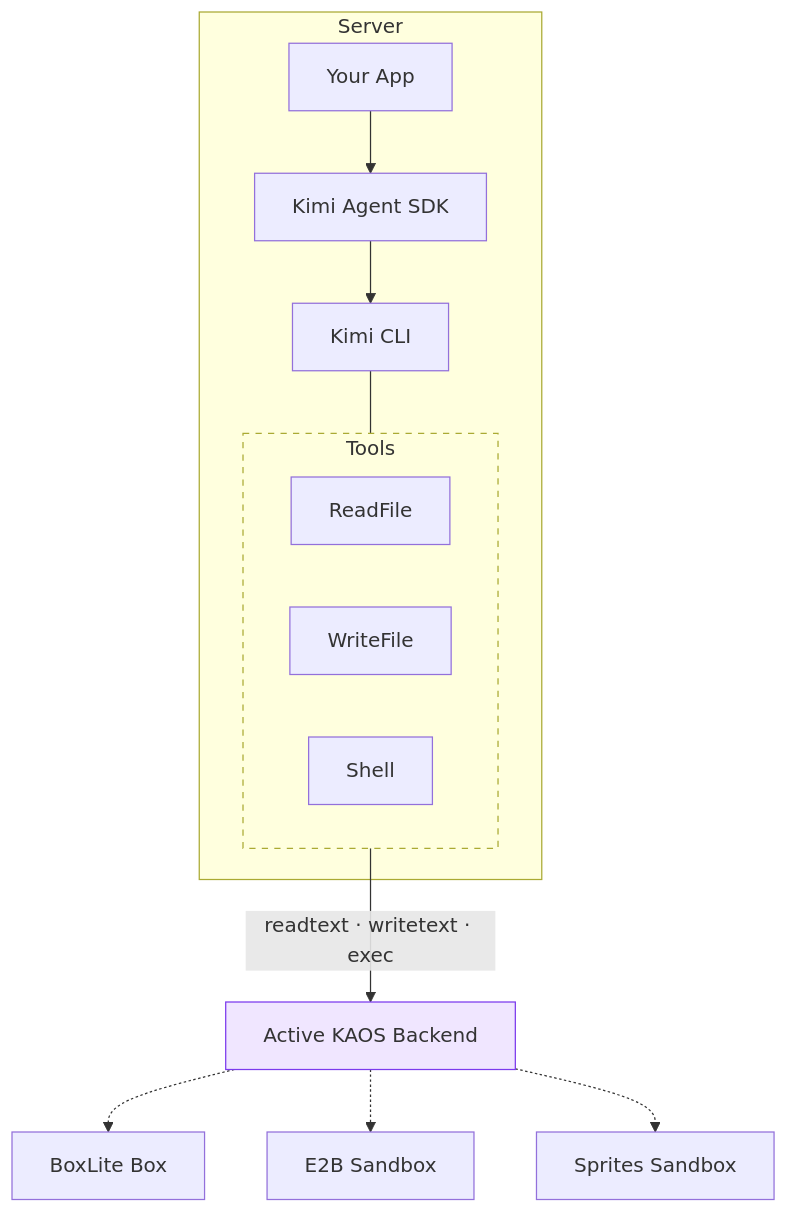
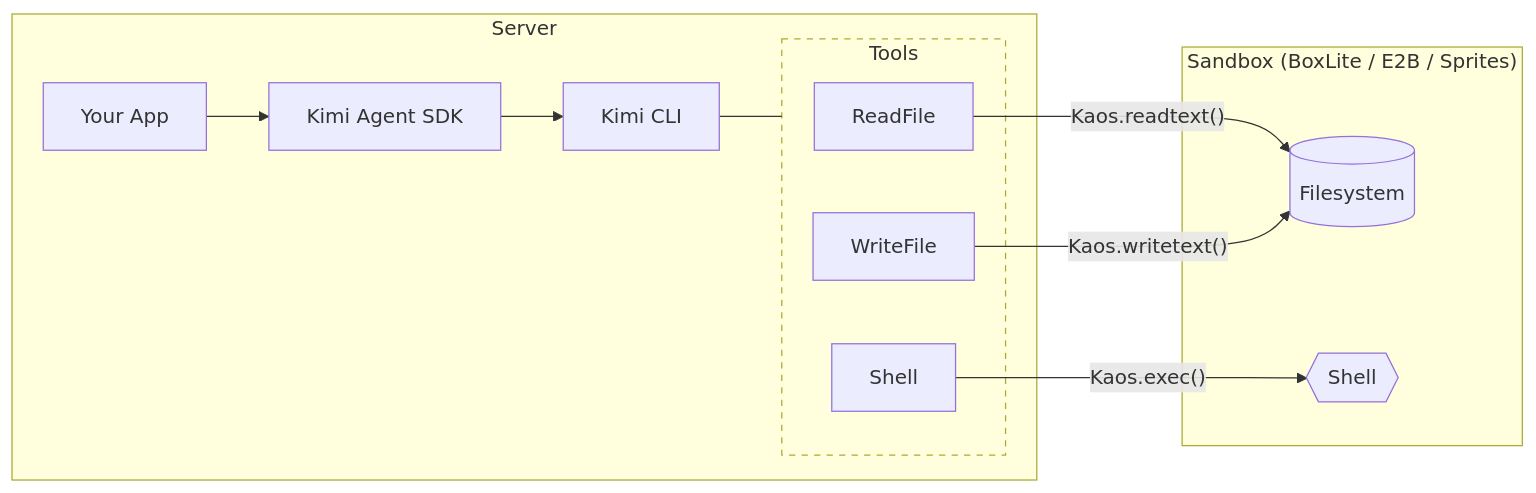
One commit to MoonshotAI/kimi-agent-sdk changed the diagram in examples/python/kaos/README.md. Above: the diagram before and after it, drawn with Mermaid.

Commit message:
docs(kaos): restore original-style diagram with generic sandbox label

````diff
--- a/examples/python/kaos/README.md
+++ b/examples/python/kaos/README.md
@@ -22,19 +22,23 @@
 ```mermaid
-flowchart TB
+flowchart LR
     subgraph Server
         App["Your App"] --> SDK["Kimi Agent SDK"] --> CLI["Kimi CLI"]
         subgraph Tools["Tools"]
-            RF["ReadFile"] & WF["WriteFile"] & SH["Shell"]
+            ReadFile["ReadFile"]
+            WriteFile["WriteFile"]
+            Shell["Shell"]
         end
         CLI --- Tools
     end
 
-    Tools -->|"readtext · writetext · exec"| KAOS["Active KAOS Backend"]
+    subgraph Sandbox["Sandbox (BoxLite / E2B / Sprites)"]
+        FS[("Filesystem")]
+        SH{{"Shell"}}
+    end
 
-    KAOS -.-> B["BoxLite Box"]
-    KAOS -.-> E["E2B Sandbox"]
-    KAOS -.-> S["Sprites Sandbox"]
+    ReadFile -->|"Kaos.readtext()"| FS
+    WriteFile -->|"Kaos.writetext()"| FS
+    Shell -->|"Kaos.exec()"| SH
 
     style Tools stroke-dasharray: 5 5
-    style KAOS fill:#f0e6ff,stroke:#7c3aed
 ```
````
